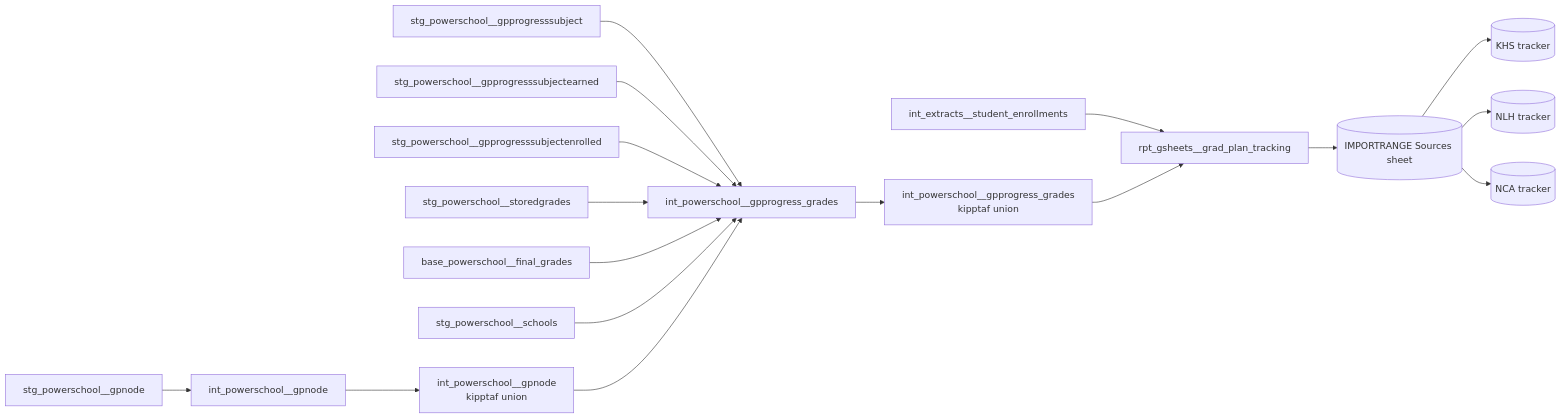
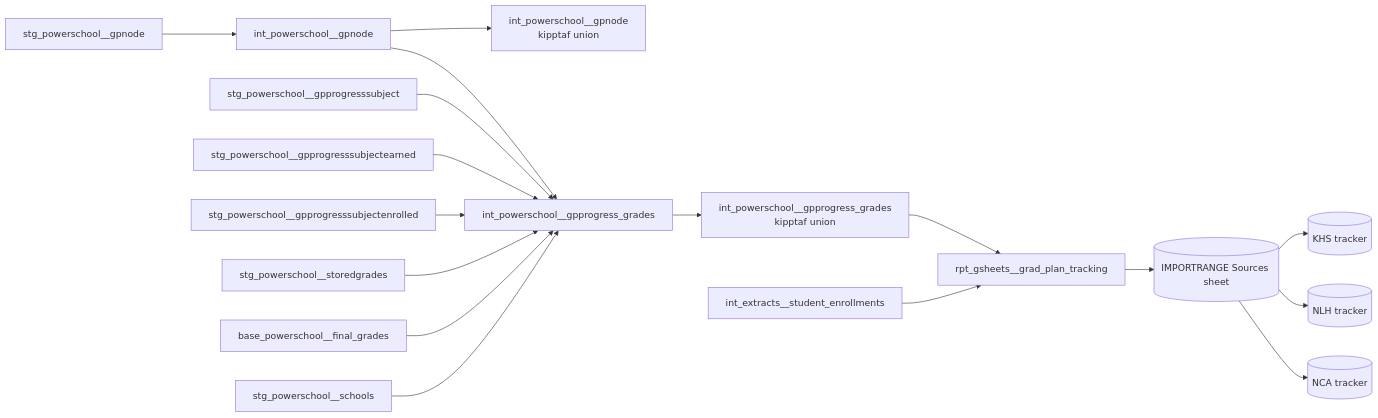
Before and after one commit to TEAMSchools/teamster: the diagram in docs/models/grad-plan-tracking-data-model.md, drawn with Mermaid. The commit also changed other lines of this file, not shown here.

````diff
--- a/docs/models/grad-plan-tracking-data-model.md
+++ b/docs/models/grad-plan-tracking-data-model.md
@@ -26,21 +26,21 @@
 ```mermaid
 flowchart LR
     gpn[stg_powerschool__gpnode] --> gpni[int_powerschool__gpnode]
     gpni --> gpnu[int_powerschool__gpnode<br/>kipptaf union]
 
     gps[stg_powerschool__gpprogresssubject] --> gpg[int_powerschool__gpprogress_grades]
     gpse[stg_powerschool__gpprogresssubjectearned] --> gpg
     gpsn[stg_powerschool__gpprogresssubjectenrolled] --> gpg
     sg[stg_powerschool__storedgrades] --> gpg
     fg[base_powerschool__final_grades] --> gpg
     sch[stg_powerschool__schools] --> gpg
-    gpnu --> gpg
+    gpni --> gpg
 
     gpg --> gpgu[int_powerschool__gpprogress_grades<br/>kipptaf union]
     enr[int_extracts__student_enrollments] --> rpt[rpt_gsheets__grad_plan_tracking]
     gpgu --> rpt
     rpt --> src[(IMPORTRANGE Sources sheet)]
     src --> khs[(KHS tracker)]
     src --> nlh[(NLH tracker)]
     src --> nca[(NCA tracker)]
 ```
````
